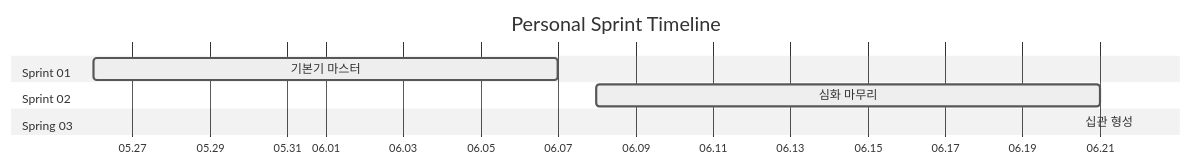
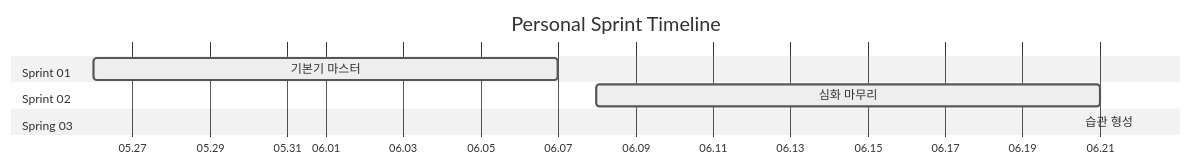
Before and after one commit to Vryez11/personal-sprint: the diagram in README.md, drawn with Mermaid (neutral theme). The commit also changed 2 other files, not shown here.

Commit message:
docs: sprint-03 초안 작성
- sprint-03/README.md 초안 작성
- retrospective.md 회고 초안 작성

````diff
--- a/README.md
+++ b/README.md
@@ -17,12 +17,12 @@
 ```mermaid
 gantt
     title Personal Sprint Timeline
     dateFormat YYYY-MM-DD
     axisFormat %m.%d
     section Sprint 01
     기본기 마스터 :active, s1, 2026-05-26, 2026-06-07
     section Sprint 02
     심화 마무리 :active, s1, 2026-06-08, 2026-06-21
     section Spring 03
-    십관 형성 :active, s1, 2026-06-22, 2026-07.05
+    습관 형성 :active, s1, 2026-06-22, 2026-07.05
 ```
````
